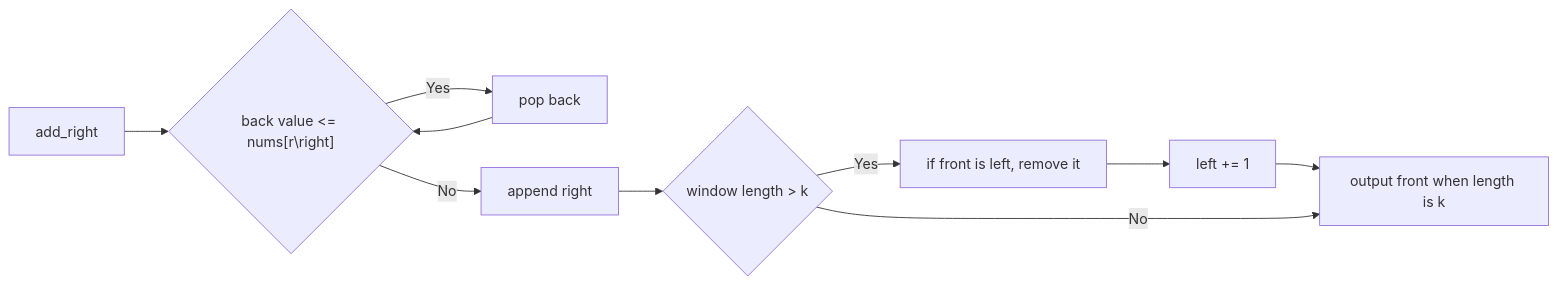
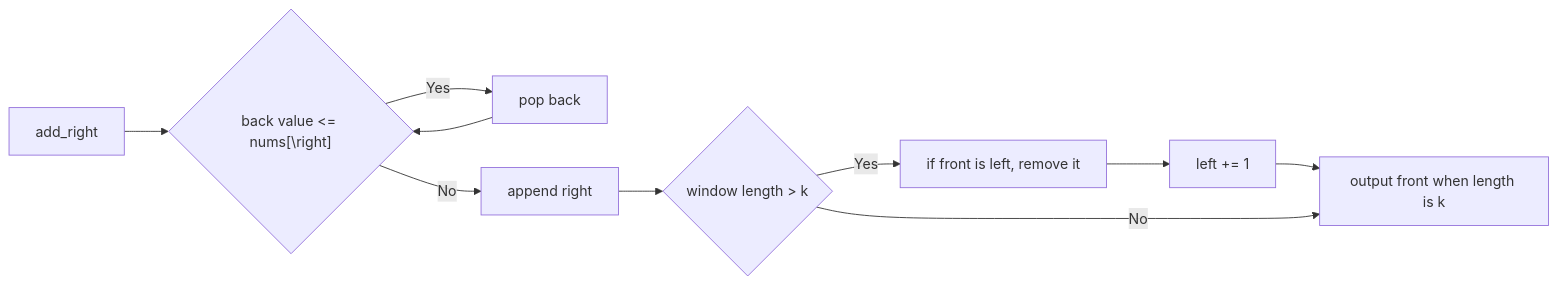
The third of 3 diagrams in notes/Leetcode/CoreSkills18 Sliding Window.en.md (CurryTang/mlphdinterview), drawn with Mermaid before and after one commit. The commit also changed other lines of this file and 113 other files, not shown here.

````diff
--- a/notes/Leetcode/CoreSkills18 Sliding Window.en.md
+++ b/notes/Leetcode/CoreSkills18 Sliding Window.en.md
@@ -482,12 +482,12 @@
 ```mermaid
 flowchart LR
-  A["add_right"] --> B{"back value <= nums[r\right]"}
+  A["add_right"] --> B{"back value <= nums[\right]"}
   B -->|Yes| C["pop back"]
   C --> B
   B -->|No| D["append right"]
   D --> E{"window length > k"}
   E -->|Yes| F["if front is left, remove it"]
   F --> G["left += 1"]
   G --> H
   E -->|No| H["output front when length is k"]
 ```
````
